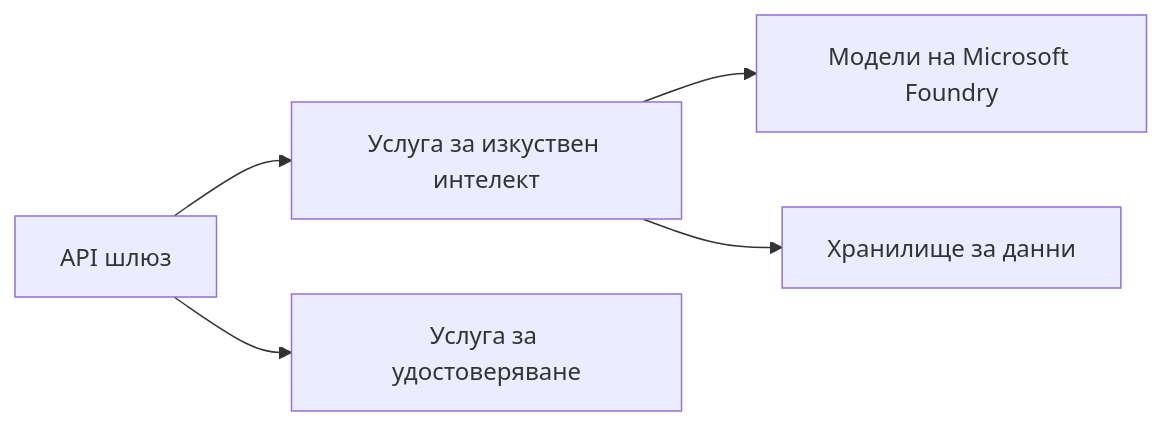
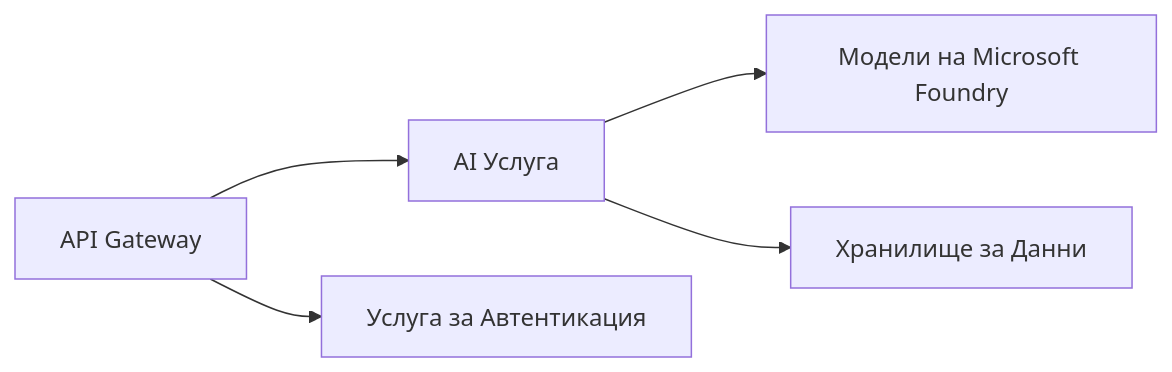
The first of 2 diagrams in translations/bg/docs/chapter-08-production/README.md (microsoft/AZD-for-beginners), drawn with Mermaid before and after one commit. The commit also changed other lines of this file and 101 other files, not shown here.

````diff
--- a/translations/bg/docs/chapter-08-production/README.md
+++ b/translations/bg/docs/chapter-08-production/README.md
@@ -46,6 +48,6 @@
 ```mermaid
 graph LR
-    Gateway[API шлюз] --> AI[Услуга за изкуствен интелект] --> Models[Модели на Microsoft Foundry]
-    Gateway --> Auth[Услуга за удостоверяване]
-    AI --> Data[Хранилище за данни]
+    Gateway[API Gateway] --> AI[AI Услуга] --> Models[Модели на Microsoft Foundry]
+    Gateway --> Auth[Услуга за Автентикация]
+    AI --> Data[Хранилище за Данни]
 ```
````
